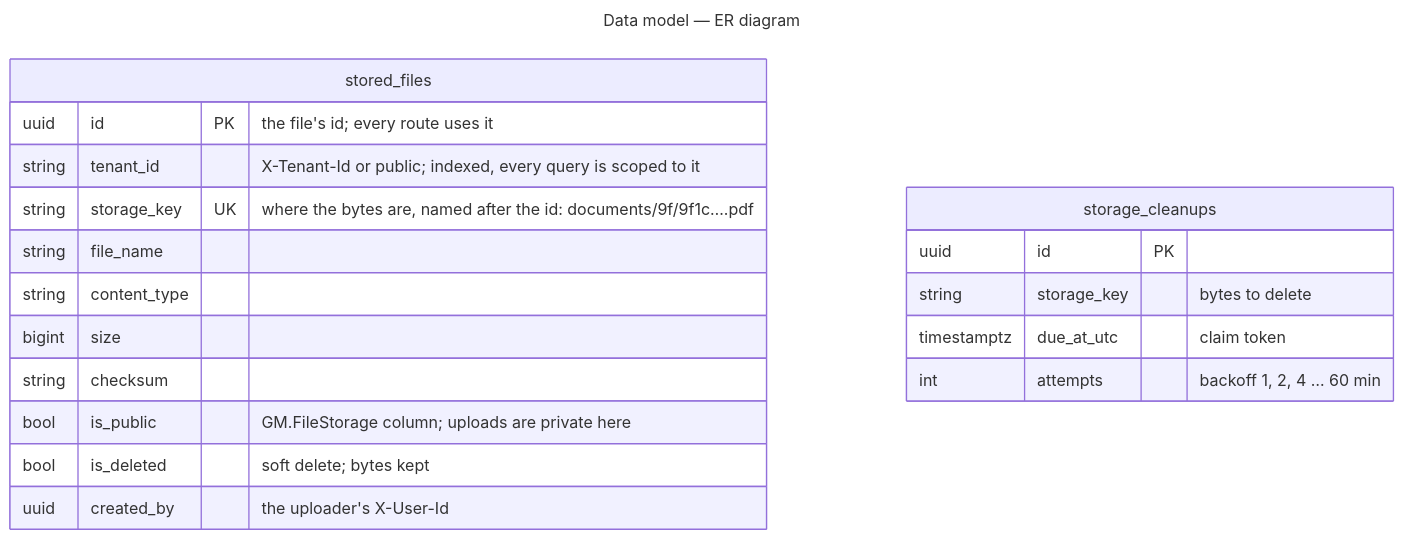
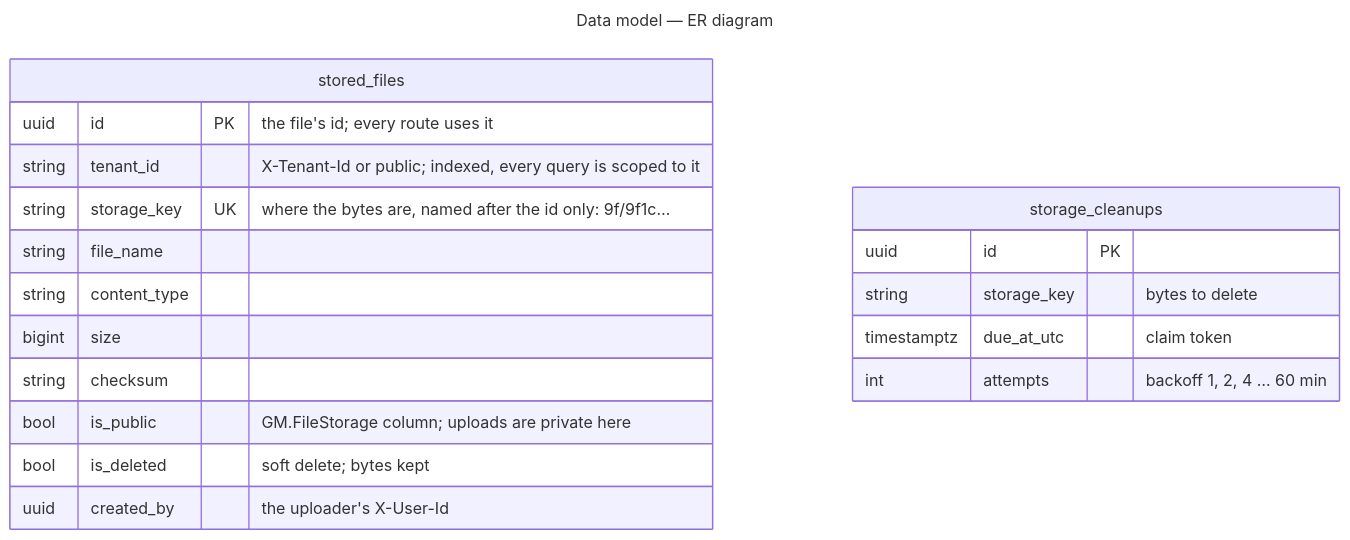
One commit to gmetskhvarishvili/GM.FileStorage.Samples changed the third of 3 diagrams in docs/architecture.md. Above: the diagram before and after it, drawn with Mermaid. The commit also changed other lines of this file and 15 other files, not shown here.

````diff
--- a/docs/architecture.md
+++ b/docs/architecture.md
@@ -93,24 +93,24 @@
 ```mermaid
 ---
 title: Data model — ER diagram
 ---
 erDiagram
     stored_files {
         uuid id PK "the file's id; every route uses it"
         string tenant_id "X-Tenant-Id or public; indexed, every query is scoped to it"
-        string storage_key UK "where the bytes are, named after the id: documents/9f/9f1c….pdf"
+        string storage_key UK "where the bytes are, named after the id only: 9f/9f1c…"
         string file_name
         string content_type
         bigint size
         string checksum
         bool is_public "GM.FileStorage column; uploads are private here"
         bool is_deleted "soft delete; bytes kept"
         uuid created_by "the uploader's X-User-Id"
     }
     storage_cleanups {
         uuid id PK
         string storage_key "bytes to delete"
         timestamptz due_at_utc "claim token"
         int attempts "backoff 1, 2, 4 … 60 min"
     }
 ```
````
